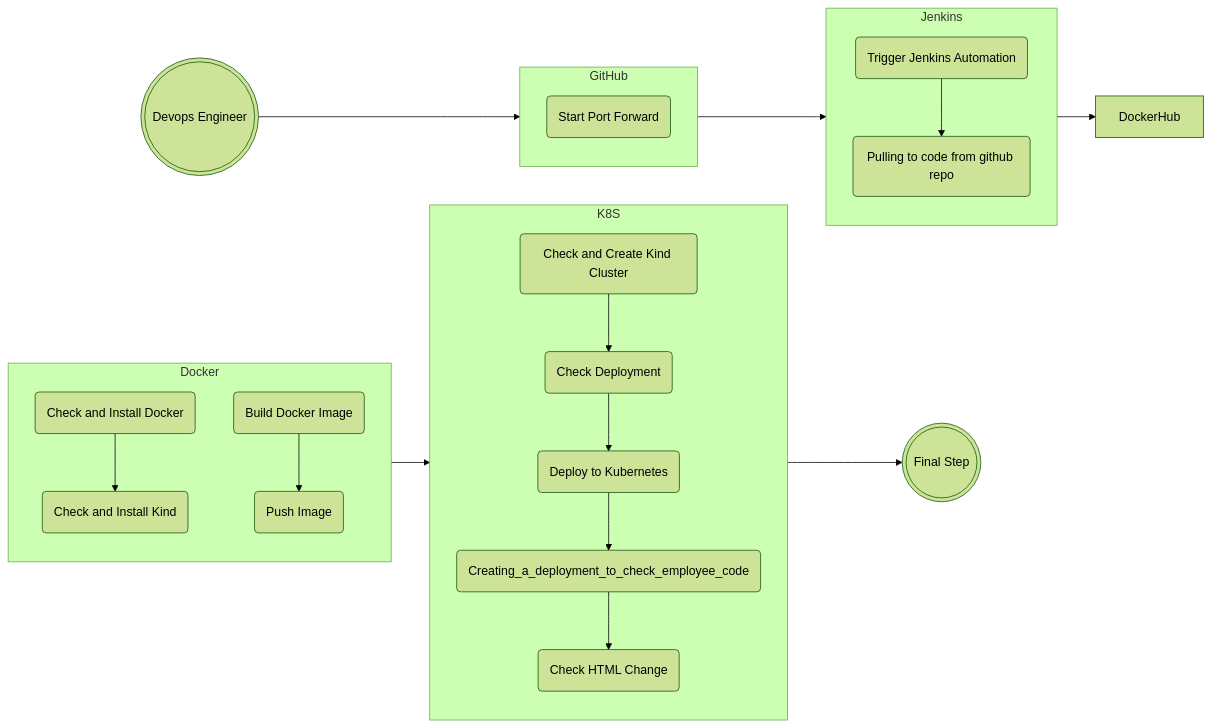
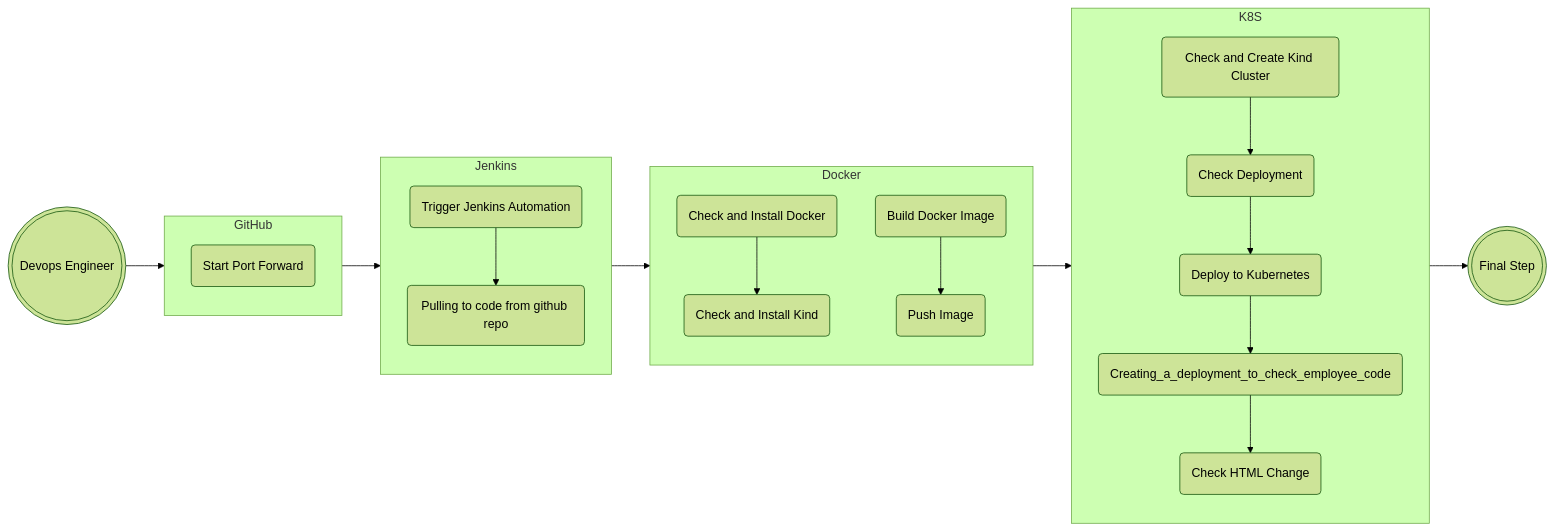
One commit to IftachZilcaPaz/final_proj_git_jenkins changed the diagram in README.md. Above: the diagram before and after it, drawn with Mermaid (forest theme).

````diff
--- a/README.md
+++ b/README.md
@@ -43,36 +43,36 @@
 ```mermaid
 flowchart LR
     subgraph GitHub
         direction TB
         A(Checkout to specific branch)
         A(Start Port Forward)
     end
     subgraph Jenkins
         direction TB
         B(Trigger Jenkins Automation) --> C(Pulling to code from github repo)
     end
     subgraph Docker
         direction TB
         D(Check and Install Docker) --> E(Check and Install Kind)
         F(Build Docker Image) --> G(Push Image)
     end
     subgraph K8S
         direction TB
         H(Check and Create Kind Cluster) --> I(Check Deployment)
         I(Check Deployment) --> J(Deploy to Kubernetes)
         J(Deploy to Kubernetes) --> K(Creating_a_deployment_to_check_employee_code)
         K(Creating_a_deployment_to_check_employee_code) --> L(Check HTML Change)
     end
     %% ^ These subgraphs are identical, except for the links to them:
 
     %% Link *to* subgraph1: subgraph1 direction is maintained
     
     id1(((Devops Engineer))) --> GitHub
     GitHub --> Jenkins
-    Jenkins --> DockerHub
+    Jenkins --> Docker
     Docker --> K8S
     K8S --> id2(((Final Step)))
     %% Link *within* subgraph2:
     %% subgraph2 inherits the direction of the top-level graph (LR)
     %% outside ---> top2
 ```
````
